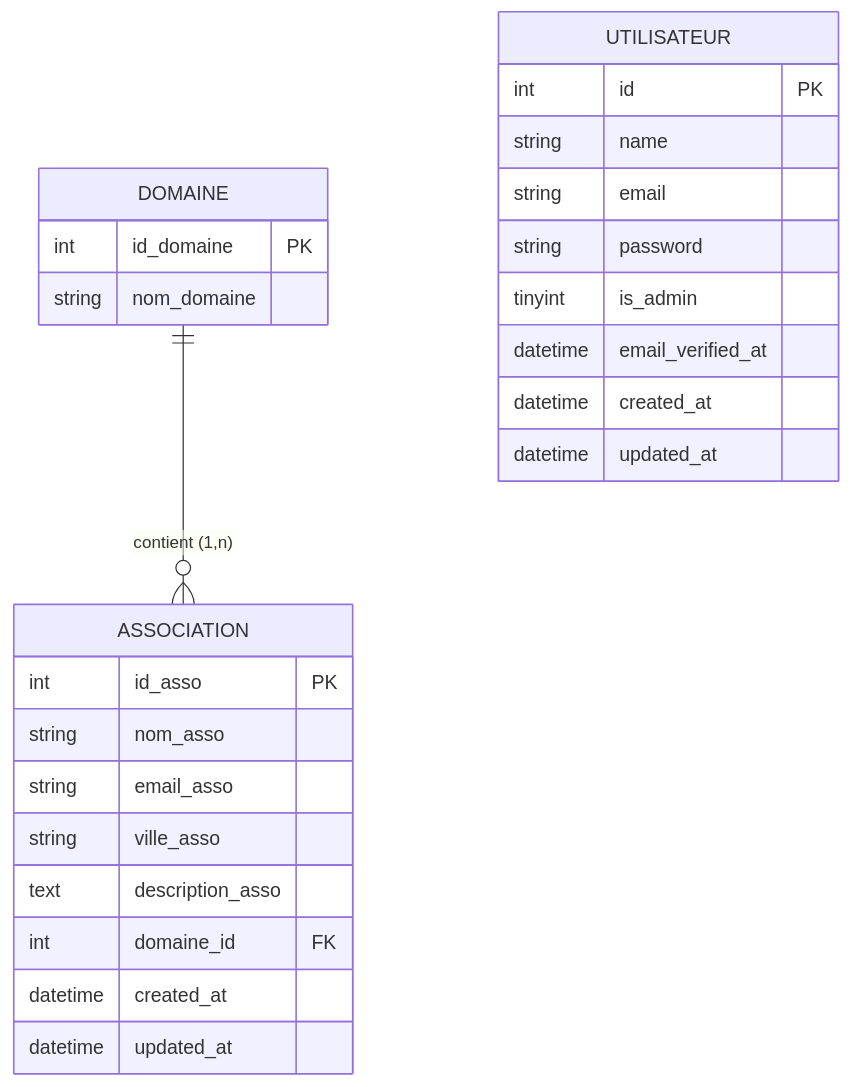
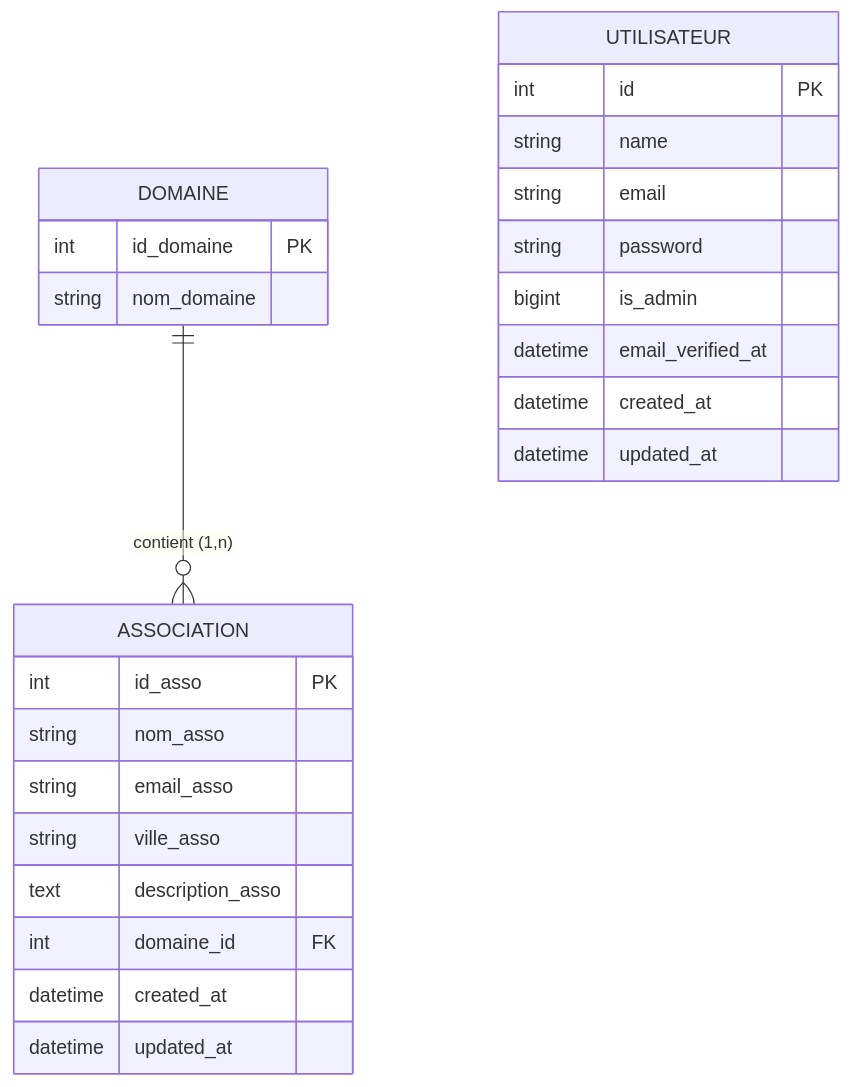
Before and after one commit to mayelk7/AssociationTP: the diagram in README.md, drawn with Mermaid. The commit also changed other lines of this file, not shown here.

````diff
--- a/README.md
+++ b/README.md
@@ -149,31 +149,31 @@
 ```mermaid
 erDiagram
     DOMAINE {
         int     id_domaine   PK
         string  nom_domaine
     }
 
     ASSOCIATION {
         int      id_asso          PK
         string   nom_asso
         string   email_asso
         string   ville_asso
         text     description_asso
         int      domaine_id       FK
         datetime created_at
         datetime updated_at
     }
 
     UTILISATEUR {
         int      id                PK
         string   name
         string   email
         string   password
-        tinyint  is_admin
+        bigint   is_admin
         datetime email_verified_at
         datetime created_at
         datetime updated_at
     }
 
     DOMAINE ||--o{ ASSOCIATION : "contient (1,n)"
 ```
````
